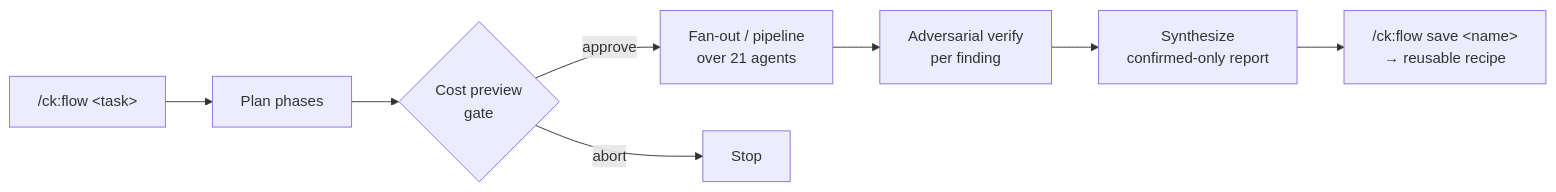
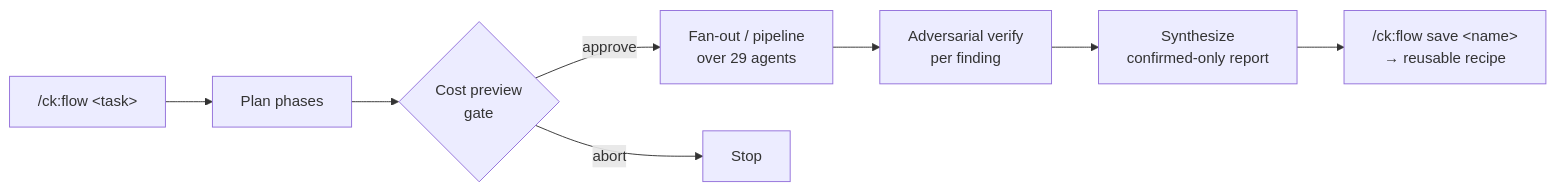
The ninth of 10 diagrams in README.md (trungdo9/ClauKit), drawn with Mermaid before and after one commit. The commit also changed other lines of this file and 6 other files, not shown here.

````diff
--- a/README.md
+++ b/README.md
@@ -295,10 +322,10 @@
 ```mermaid
 flowchart LR
     A["/ck:flow &lt;task&gt;"] --> B[Plan phases]
     B --> C{Cost preview<br/>gate}
-    C -->|approve| D[Fan-out / pipeline<br/>over 21 agents]
+    C -->|approve| D[Fan-out / pipeline<br/>over 29 agents]
     C -->|abort| Z[Stop]
     D --> E[Adversarial verify<br/>per finding]
     E --> F[Synthesize<br/>confirmed-only report]
     F --> G["/ck:flow save &lt;name&gt;<br/>→ reusable recipe"]
 ```
````
